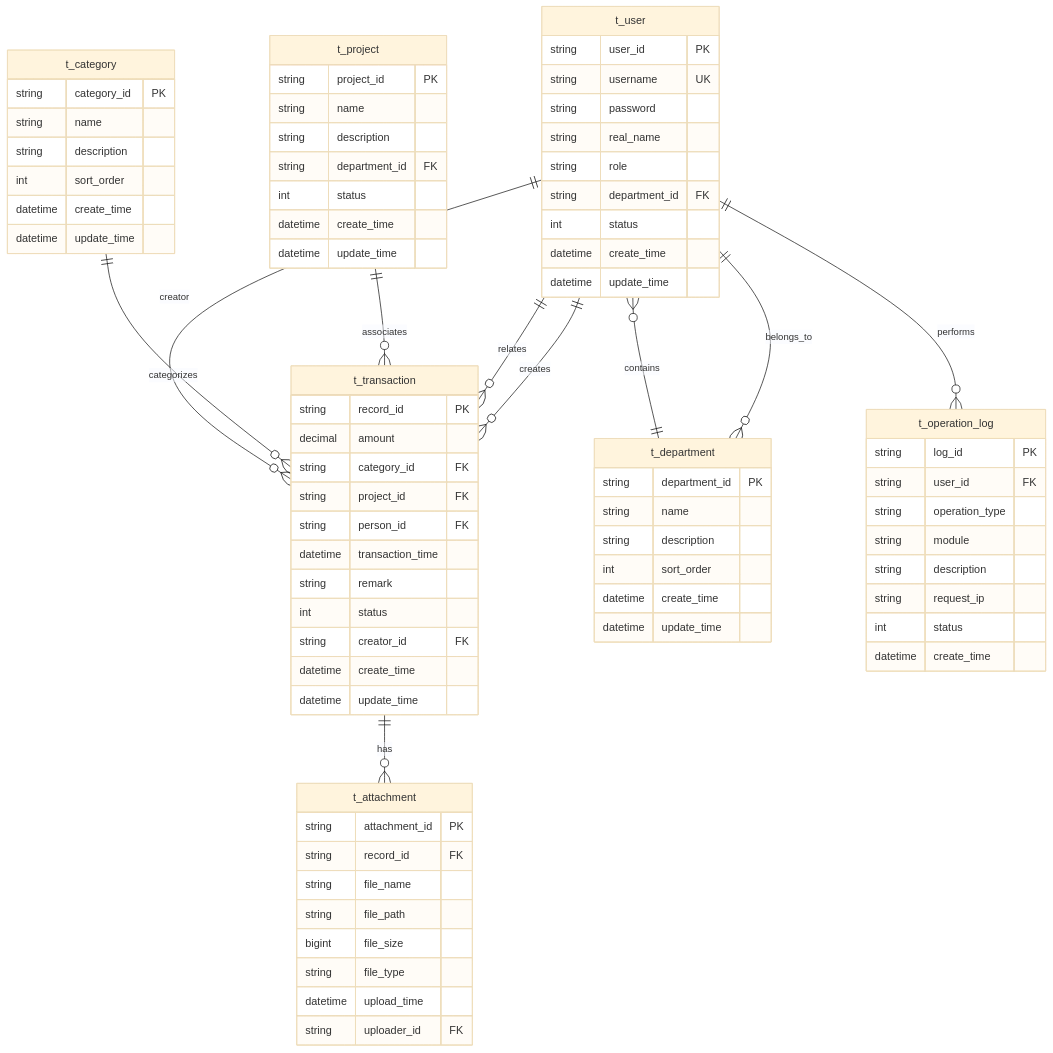
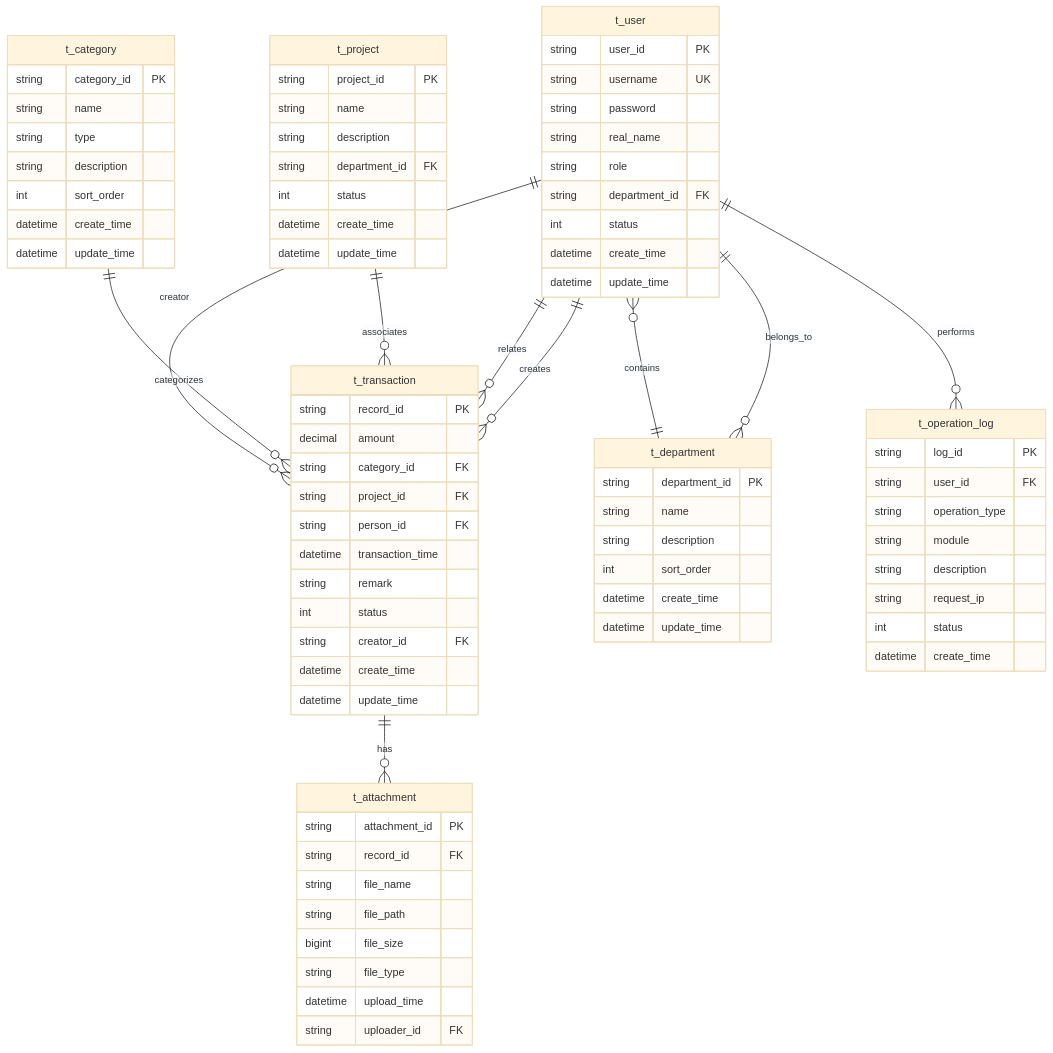
Before and after one commit to v5general/Account_Management_System: the fifth of 5 diagrams in docs/需求规格说明书.md, drawn with Mermaid (base theme). The commit also changed other lines of this file, not shown here.

```diff
--- a/docs/需求规格说明书.md
+++ b/docs/需求规格说明书.md
@@ -217,6 +224,7 @@
     t_category {
         string category_id PK
         string name
+        string type
         string description
         int sort_order
         datetime create_time
```
